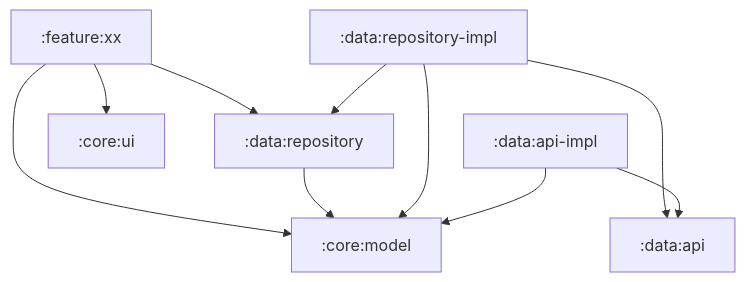
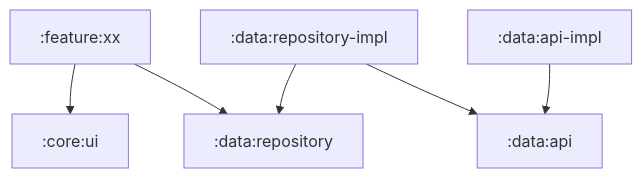
Before and after one commit to jageishi/GitHubClient: the diagram in README.md, drawn with Mermaid.

````diff
--- a/README.md
+++ b/README.md
@@ -18,12 +18,8 @@
 ```mermaid
 graph TD;
+    :feature:xx-->:core:ui
     :feature:xx-->:data:repository;
-    :feature:xx-->:core:ui
-    :feature:xx-->:core:model
-    :data:repository-->:core:model
     :data:repository-impl-->:data:repository;
     :data:repository-impl-->:data:api;
-    :data:repository-impl-->:core:model
     :data:api-impl-->:data:api
-    :data:api-impl-->:core:model
 ```
````
